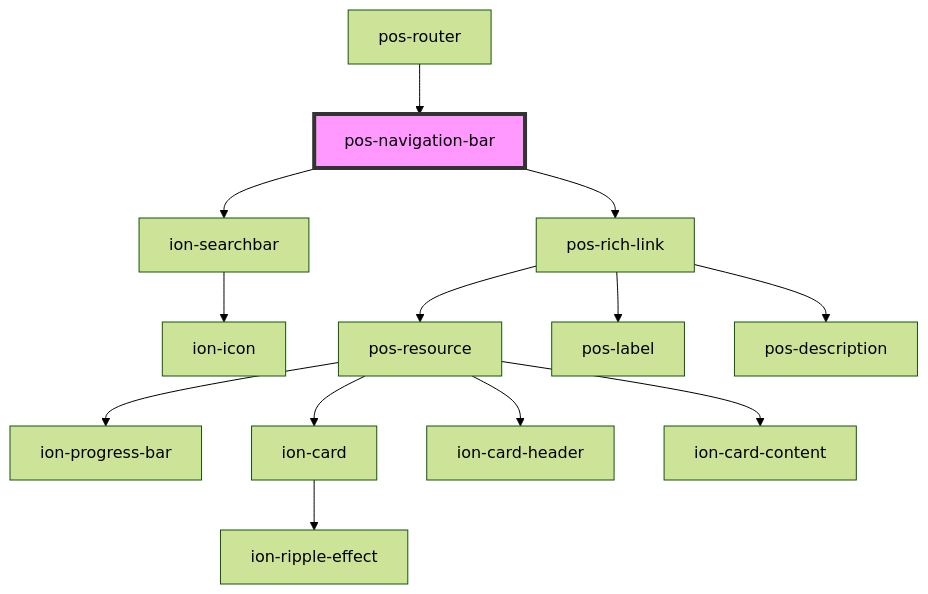
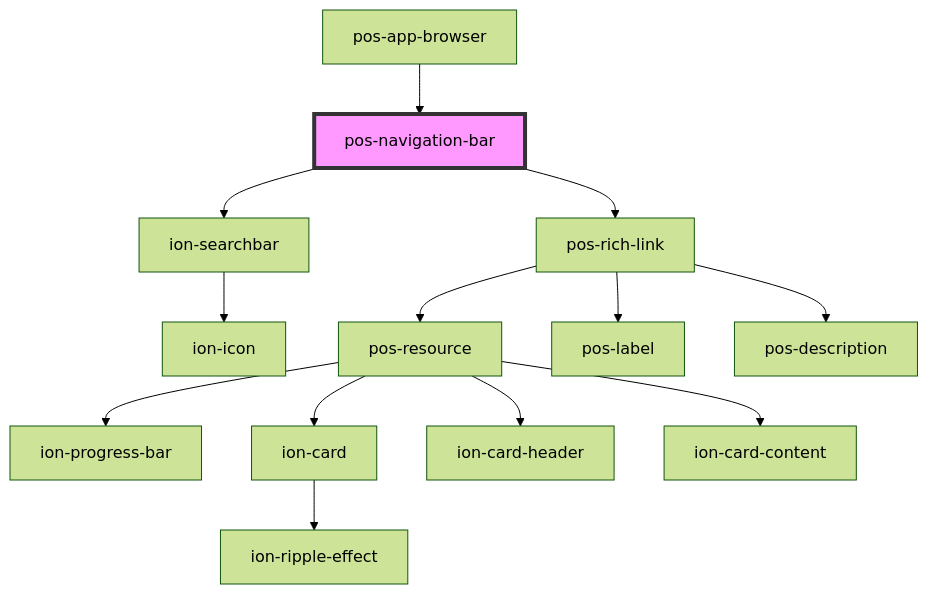
The diagram in docs/elements/components/pos-navigation-bar/readme.md (pod-os/PodOS), drawn with Mermaid (forest theme) before and after one commit. The commit also changed other lines of this file and 6 other files, not shown here.

````diff
--- a/docs/elements/components/pos-navigation-bar/readme.md
+++ b/docs/elements/components/pos-navigation-bar/readme.md
@@ -35,16 +35,16 @@
 ```mermaid
 graph TD;
   pos-navigation-bar --> ion-searchbar
   pos-navigation-bar --> pos-rich-link
   ion-searchbar --> ion-icon
   pos-rich-link --> pos-resource
   pos-rich-link --> pos-label
   pos-rich-link --> pos-description
   pos-resource --> ion-progress-bar
   pos-resource --> ion-card
   pos-resource --> ion-card-header
   pos-resource --> ion-card-content
   ion-card --> ion-ripple-effect
-  pos-router --> pos-navigation-bar
+  pos-app-browser --> pos-navigation-bar
   style pos-navigation-bar fill:#f9f,stroke:#333,stroke-width:4px
 ```
````
